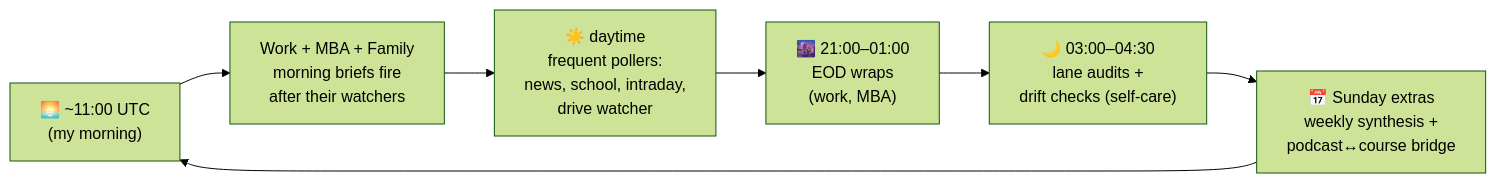
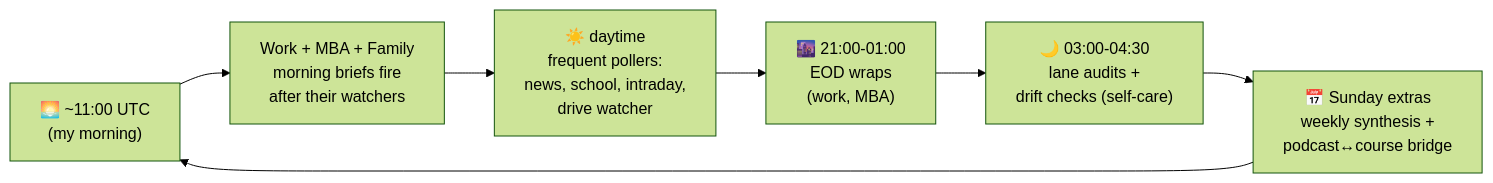
Before and after one commit to nickmuchi87/hermes-agents-showcase: the fourth of 4 diagrams in docs/06-the-schedule.md, drawn with Mermaid (forest theme). The commit also changed other lines of this file and 16 other files, not shown here.

````diff
--- a/docs/06-the-schedule.md
+++ b/docs/06-the-schedule.md
@@ -125,9 +125,9 @@
 ```mermaid
 flowchart LR
     dawn["🌅 ~11:00 UTC<br/>(my morning)"] --> briefs[Work + MBA + Family<br/>morning briefs fire<br/>after their watchers]
     briefs --> day["☀️ daytime<br/>frequent pollers:<br/>news, school, intraday,<br/>drive watcher"]
-    day --> eve["🌆 21:00–01:00<br/>EOD wraps<br/>(work, MBA)"]
-    eve --> night["🌙 03:00–04:30<br/>lane audits +<br/>drift checks (self-care)"]
+    day --> eve["🌆 21:00-01:00<br/>EOD wraps<br/>(work, MBA)"]
+    eve --> night["🌙 03:00-04:30<br/>lane audits +<br/>drift checks (self-care)"]
     night --> sun["📅 Sunday extras<br/>weekly synthesis +<br/>podcast↔course bridge"]
     sun --> dawn
 ```
````
